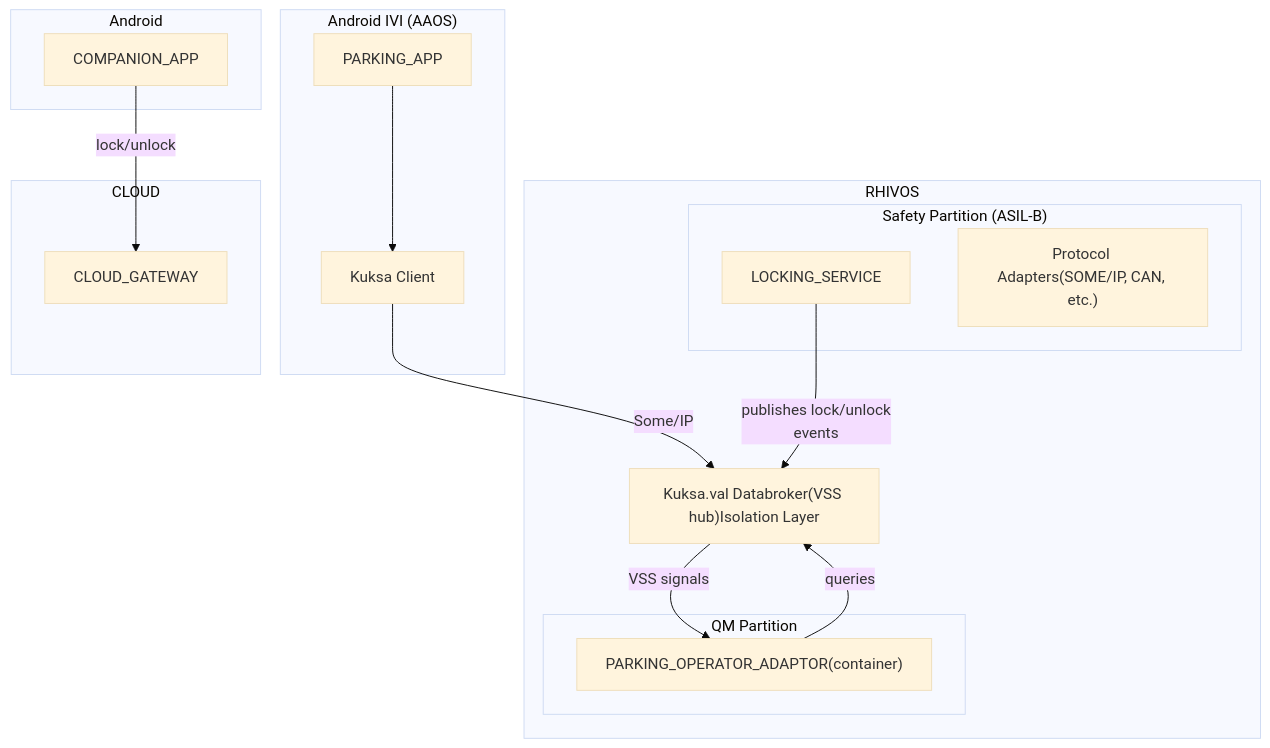
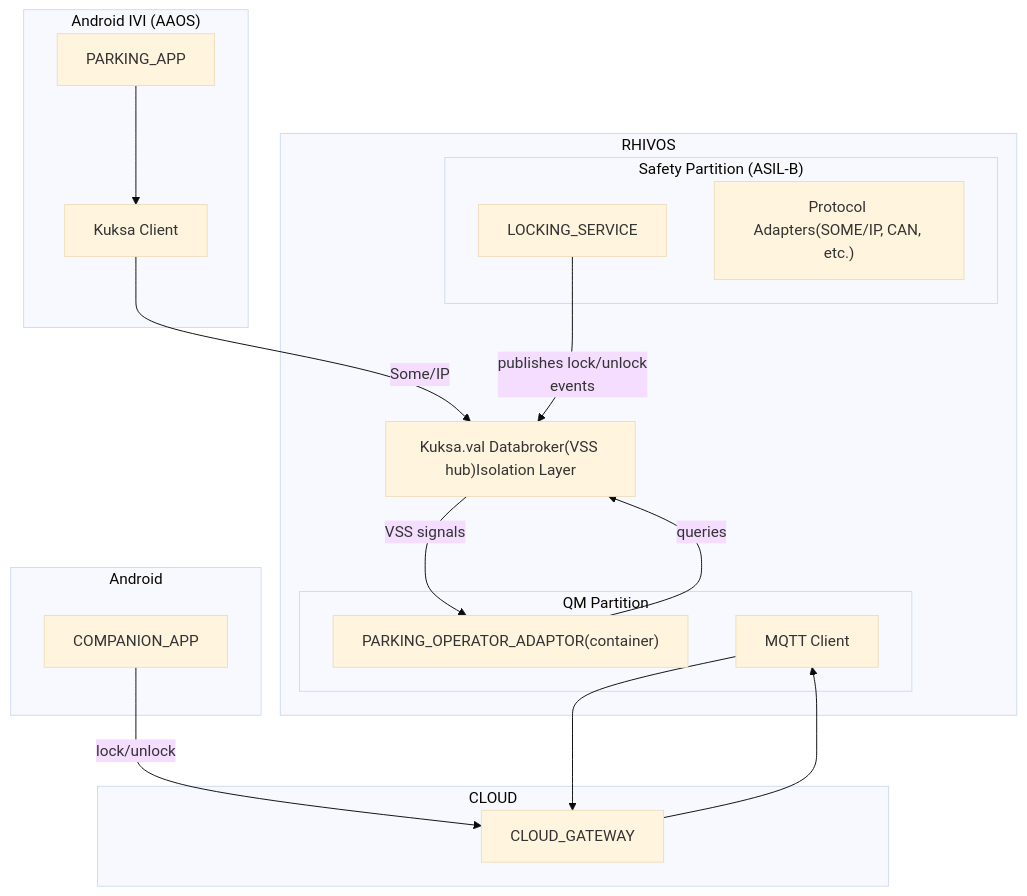
One commit to rhadp/parking-fee-service changed the diagram in prd.md. Above: the diagram before and after it, drawn with Mermaid (base theme).

Commit message:
initial prd.md

````diff
--- a/prd.md
+++ b/prd.md
@@ -91,35 +91,37 @@
 ```mermaid
 flowchart TD
 subgraph Android["Android IVI (AAOS)"]
 	ParkingApp["PARKING_APP"]
 	KuksaClient["Kuksa Client"]
 	ParkingApp --> KuksaClient
 end
 
 subgraph RHIVOS["RHIVOS"]
 	subgraph QM["QM Partition"]
 		Adaptor["PARKING_OPERATOR_ADAPTOR(container)"]
+        MQTT[MQTT Client]
 	end
 	
 	Databroker["Kuksa.val Databroker(VSS hub)Isolation Layer"]
 	
 	subgraph Safety["Safety Partition (ASIL-B)"]
 		LockingService["LOCKING_SERVICE"]
 		ProtocolAdapters["Protocol Adapters(SOME/IP, CAN, etc.)"]
 	end
 end
 
 subgraph MobileAndroid["Android"]
 	CompanionApp["COMPANION_APP"]
 end
 
 subgraph Cloud["CLOUD"]
     CloudGateway["CLOUD_GATEWAY"]
 end
 
 KuksaClient -->|Some/IP| Databroker
 LockingService -->|publishes lock/unlock<br/>events| Databroker
 Databroker -->|VSS signals| Adaptor
 Adaptor -->|queries| Databroker
 CompanionApp --> |lock/unlock| CloudGateway
+CloudGateway --> MQTT --> CloudGateway
 ```
````
